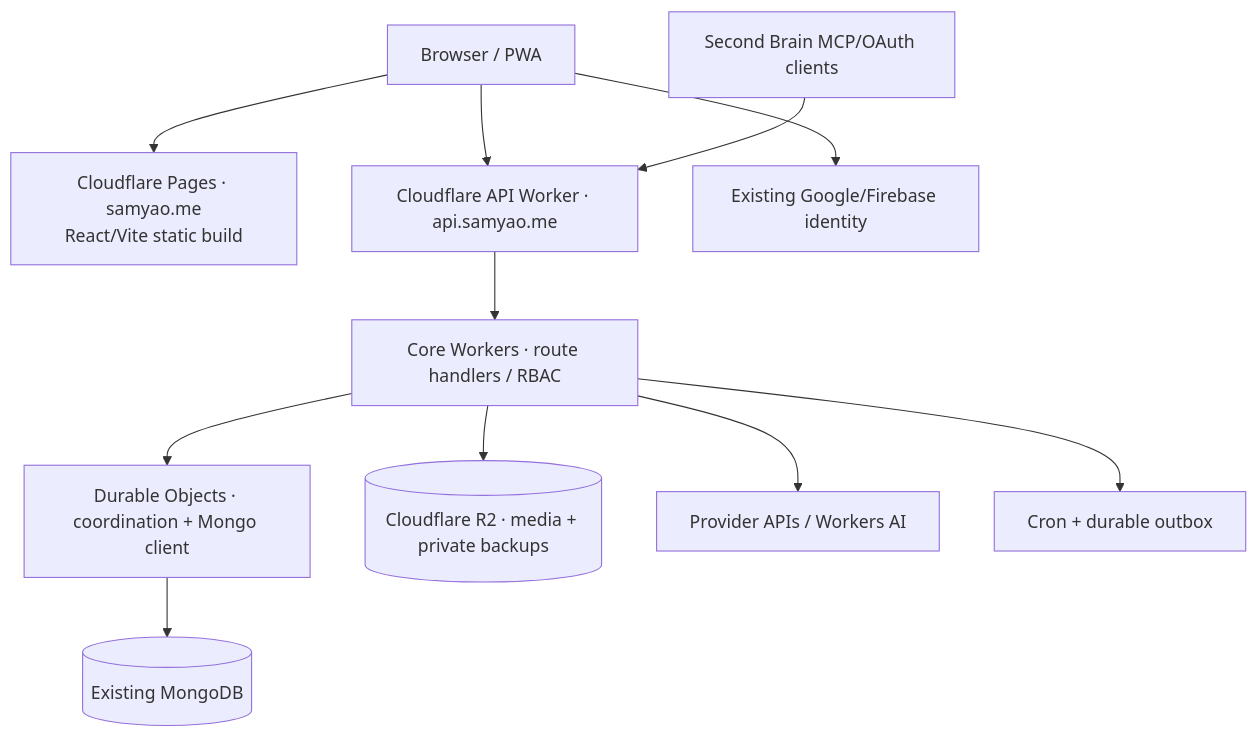
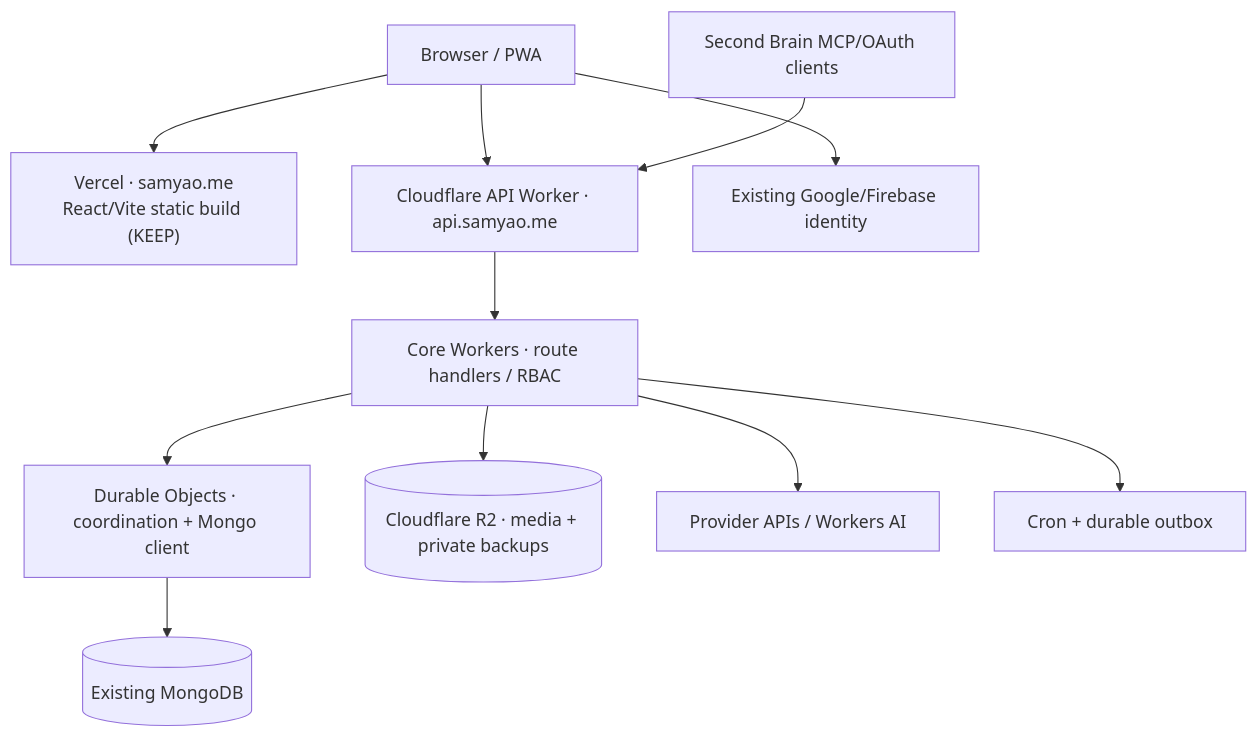
One commit to yaohuangguan/new-bananaboom-api-2025 changed the second of 2 diagrams in docs/ARCHITECTURE.md. Above: the diagram before and after it, drawn with Mermaid. The commit also changed other lines of this file and 15 other files, not shown here.

````diff
--- a/docs/ARCHITECTURE.md
+++ b/docs/ARCHITECTURE.md
@@ -39,13 +39,13 @@
 ```mermaid
 flowchart TD
-  B["Browser / PWA"] --> P["Cloudflare Pages · samyao.me\nReact/Vite static build"]
+  B["Browser / PWA"] --> P["Vercel · samyao.me\nReact/Vite static build (KEEP)"]
   B --> G["Cloudflare API Worker · api.samyao.me"]
   B --> ID["Existing Google/Firebase identity"]
   G --> K["Core Workers · route handlers / RBAC"]
   K --> D["Durable Objects · coordination + Mongo client"]
   D --> M[("Existing MongoDB")]
   K --> R[("Cloudflare R2 · media + private backups")]
   K --> AI["Provider APIs / Workers AI"]
   K --> C["Cron + durable outbox"]
   MCP["Second Brain MCP/OAuth clients"] --> G
 ```
````
